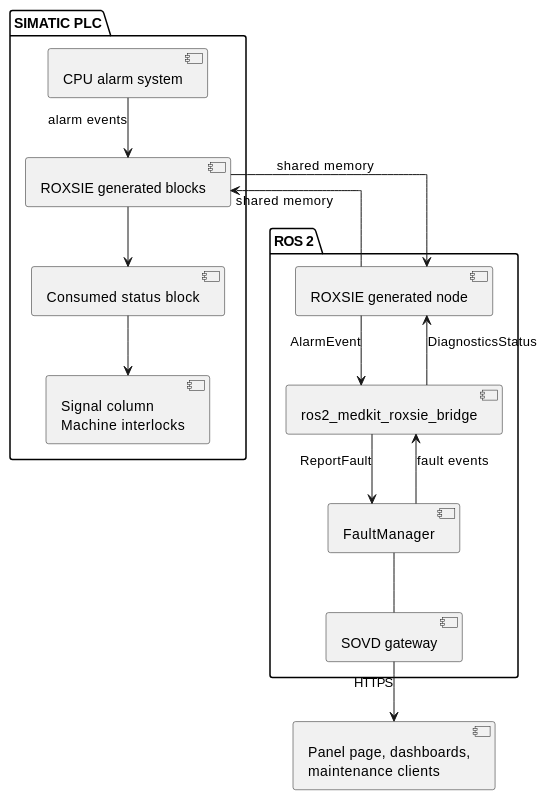
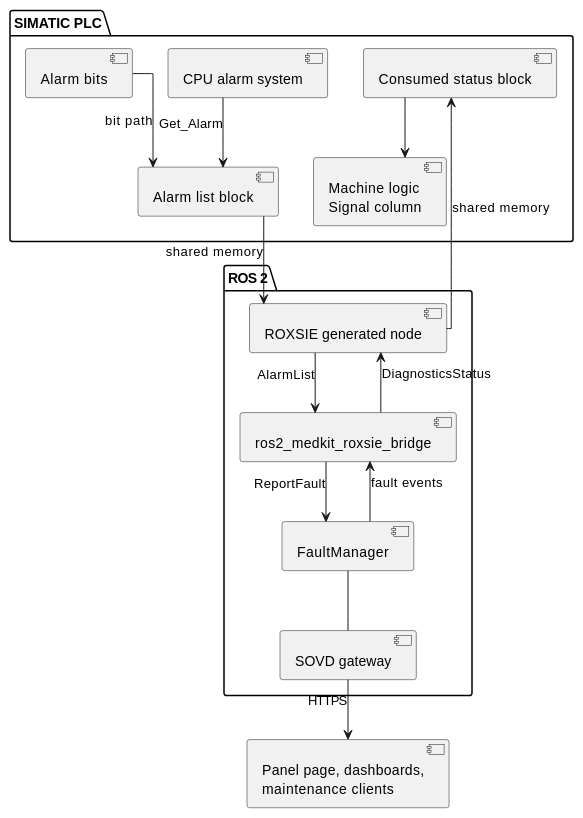
The diagram in src/ros2_medkit_roxsie_msgs/design/index.rst (bburda/ros2_medkit), drawn with PlantUML before and after one commit. The commit also changed other lines of this file and 7 other files, not shown here.

```diff
--- a/src/ros2_medkit_roxsie_msgs/design/index.rst
+++ b/src/ros2_medkit_roxsie_msgs/design/index.rst
@@ -54,36 +78,37 @@
 .. plantuml::
    :caption: ROXSIE alarm integration - data flow
 
    @startuml roxsie_alarm_integration_architecture
 
    skinparam linetype ortho
 
    package "SIMATIC PLC" {
        [CPU alarm system] as AS
-       [ROXSIE generated blocks] as GEN
+       [Alarm bits] as BITS
+       [Alarm list block] as GEN
        [Consumed status block] as DB
-       [Signal column\nMachine interlocks] as SIG
+       [Machine logic\nSignal column] as SIG
    }
 
    package "ROS 2" {
        [ROXSIE generated node] as NODE
        [ros2_medkit_roxsie_bridge] as BR
        [FaultManager] as FM
        [SOVD gateway] as GW
    }
 
    [Panel page, dashboards,\nmaintenance clients] as CONS
 
-   AS --> GEN : alarm events
+   AS --> GEN : Get_Alarm
+   BITS --> GEN : bit path
    GEN --> NODE : shared memory
-   NODE --> BR : AlarmEvent
+   NODE --> BR : AlarmList
    BR --> FM : ReportFault
    FM --> BR : fault events
    BR --> NODE : DiagnosticsStatus
-   NODE --> GEN : shared memory
-   GEN --> DB
+   NODE --> DB : shared memory
    DB --> SIG
    FM -- GW
    GW --> CONS : HTTPS
 
    @enduml
```
